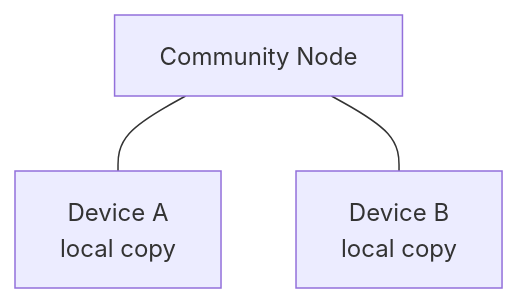
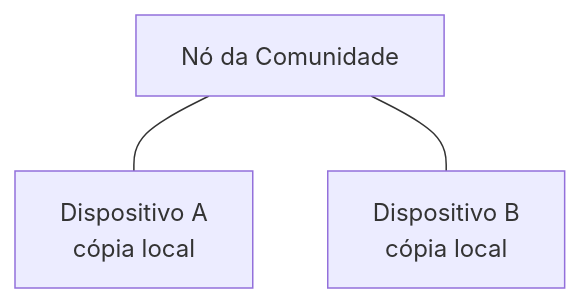
Diagram 16 of 21 in docs/architecture.md (hugobessa/vamo-virar), drawn with Mermaid before and after one commit. The commit also changed other lines of this file and 30 other files, not shown here.

````diff
--- a/docs/architecture.md
+++ b/docs/architecture.md
@@ -560,5 +560,5 @@
 ```mermaid
 graph TD
-    N[Community Node] --- A[Device A<br/>local copy]
-    N --- B[Device B<br/>local copy]
+    N[Nó da Comunidade] --- A[Dispositivo A<br/>cópia local]
+    N --- B[Dispositivo B<br/>cópia local]
 ```
````
